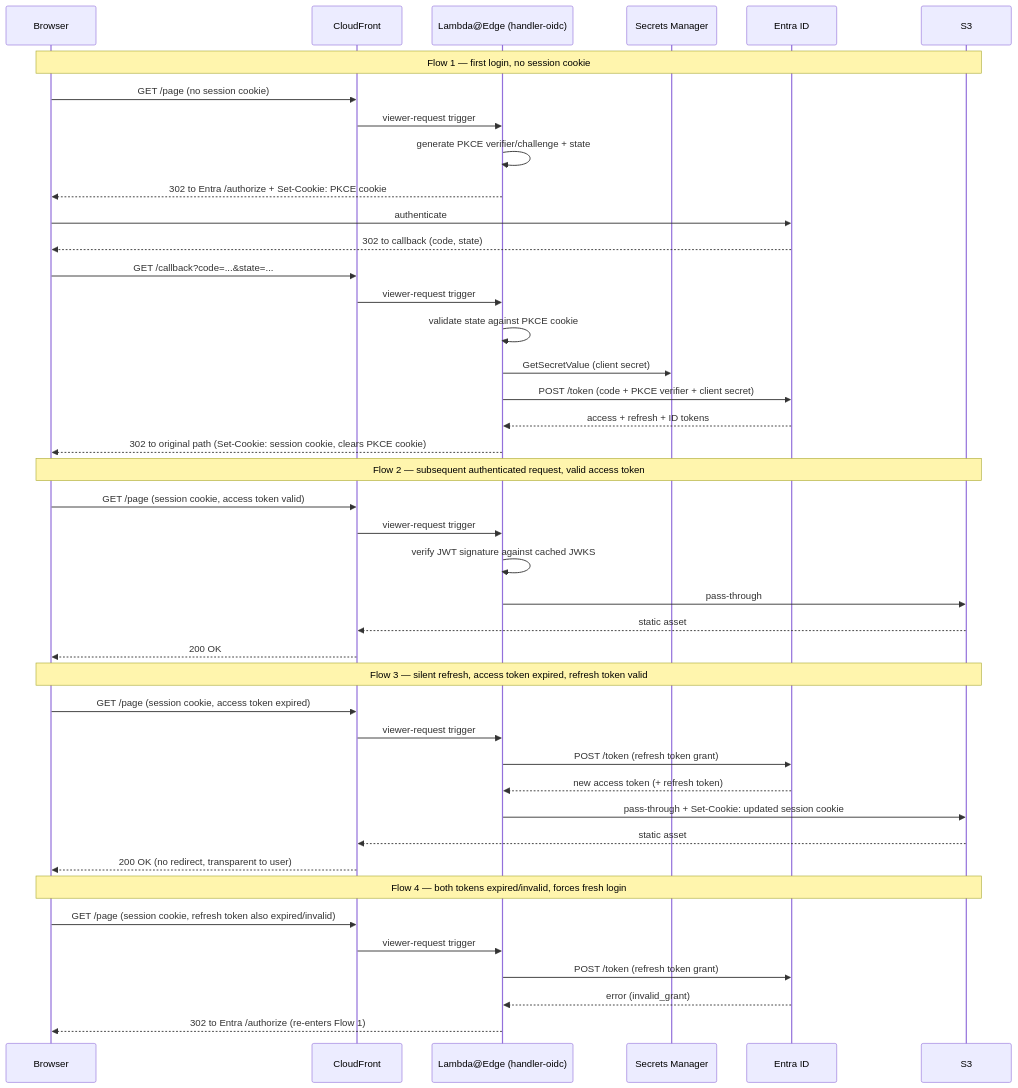
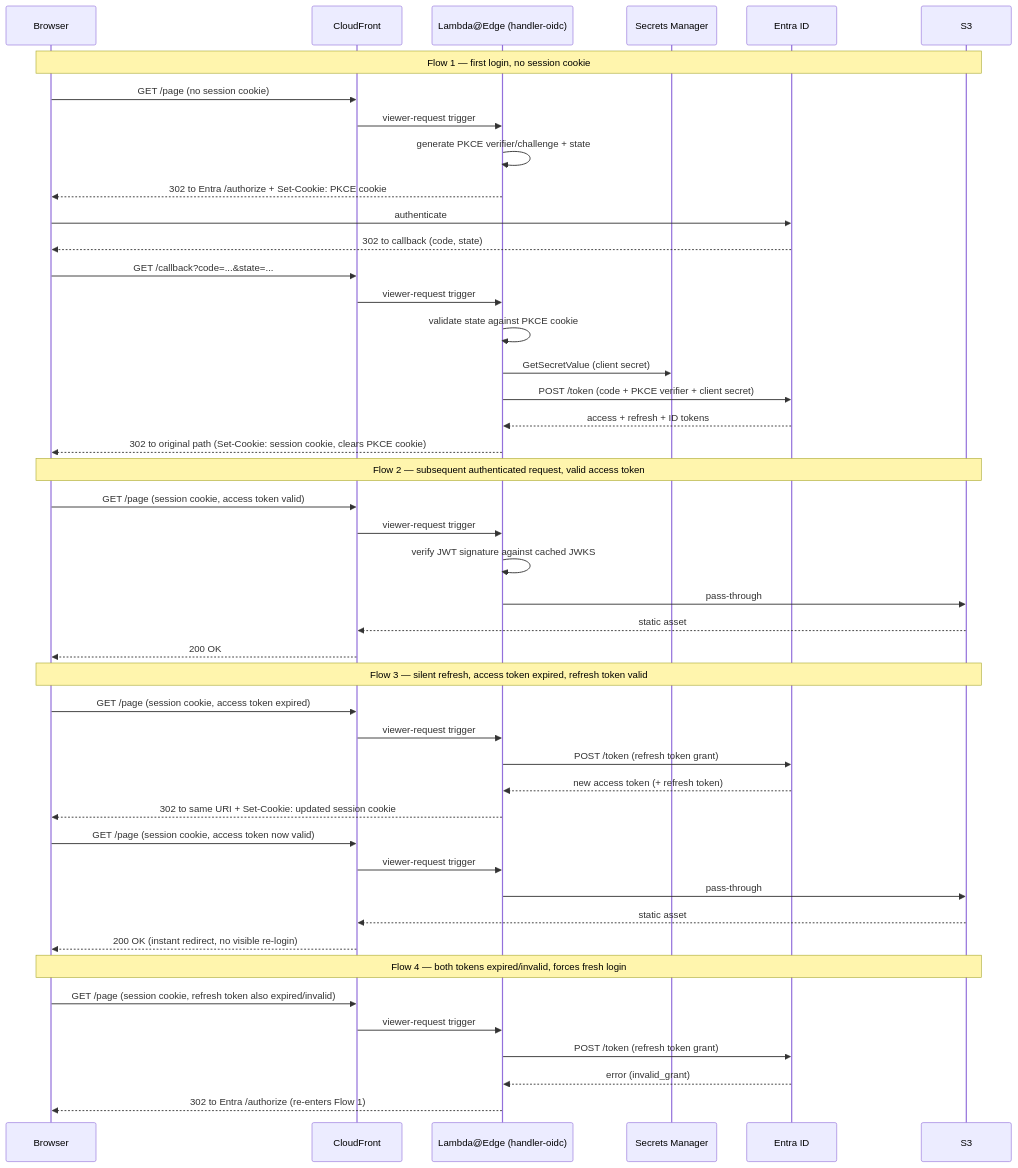
Before and after one commit to DataArt/adlc-discovery-tool: the second of 2 diagrams in docs/Target Architecture (HLD)/v1/Containers/Auth.md, drawn with Mermaid. The commit also changed 17 other files, not shown here.

````diff
--- a/docs/Target Architecture (HLD)/v1/Containers/Auth.md
+++ b/docs/Target Architecture (HLD)/v1/Containers/Auth.md
@@ -32,48 +32,51 @@
 ```mermaid
 sequenceDiagram
     participant B as Browser
     participant CF as CloudFront
     participant LAE as Lambda@Edge (handler-oidc)
     participant SM as Secrets Manager
     participant ID as Entra ID
     participant S3 as S3
 
     Note over B,S3: Flow 1 — first login, no session cookie
     B->>CF: GET /page (no session cookie)
     CF->>LAE: viewer-request trigger
     LAE->>LAE: generate PKCE verifier/challenge + state
     LAE-->>B: 302 to Entra /authorize + Set-Cookie: PKCE cookie
     B->>ID: authenticate
     ID-->>B: 302 to callback (code, state)
     B->>CF: GET /callback?code=...&state=...
     CF->>LAE: viewer-request trigger
     LAE->>LAE: validate state against PKCE cookie
     LAE->>SM: GetSecretValue (client secret)
     LAE->>ID: POST /token (code + PKCE verifier + client secret)
     ID-->>LAE: access + refresh + ID tokens
     LAE-->>B: 302 to original path (Set-Cookie: session cookie, clears PKCE cookie)
 
     Note over B,S3: Flow 2 — subsequent authenticated request, valid access token
     B->>CF: GET /page (session cookie, access token valid)
     CF->>LAE: viewer-request trigger
     LAE->>LAE: verify JWT signature against cached JWKS
     LAE->>S3: pass-through
     S3-->>CF: static asset
     CF-->>B: 200 OK
 
     Note over B,S3: Flow 3 — silent refresh, access token expired, refresh token valid
     B->>CF: GET /page (session cookie, access token expired)
     CF->>LAE: viewer-request trigger
     LAE->>ID: POST /token (refresh token grant)
     ID-->>LAE: new access token (+ refresh token)
-    LAE->>S3: pass-through + Set-Cookie: updated session cookie
+    LAE-->>B: 302 to same URI + Set-Cookie: updated session cookie
+    B->>CF: GET /page (session cookie, access token now valid)
+    CF->>LAE: viewer-request trigger
+    LAE->>S3: pass-through
     S3-->>CF: static asset
-    CF-->>B: 200 OK (no redirect, transparent to user)
+    CF-->>B: 200 OK (instant redirect, no visible re-login)
 
     Note over B,S3: Flow 4 — both tokens expired/invalid, forces fresh login
     B->>CF: GET /page (session cookie, refresh token also expired/invalid)
     CF->>LAE: viewer-request trigger
     LAE->>ID: POST /token (refresh token grant)
     ID-->>LAE: error (invalid_grant)
     LAE-->>B: 302 to Entra /authorize (re-enters Flow 1)
 ```
````
